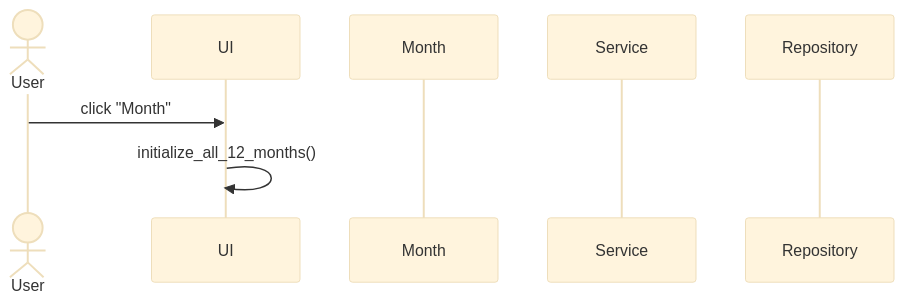
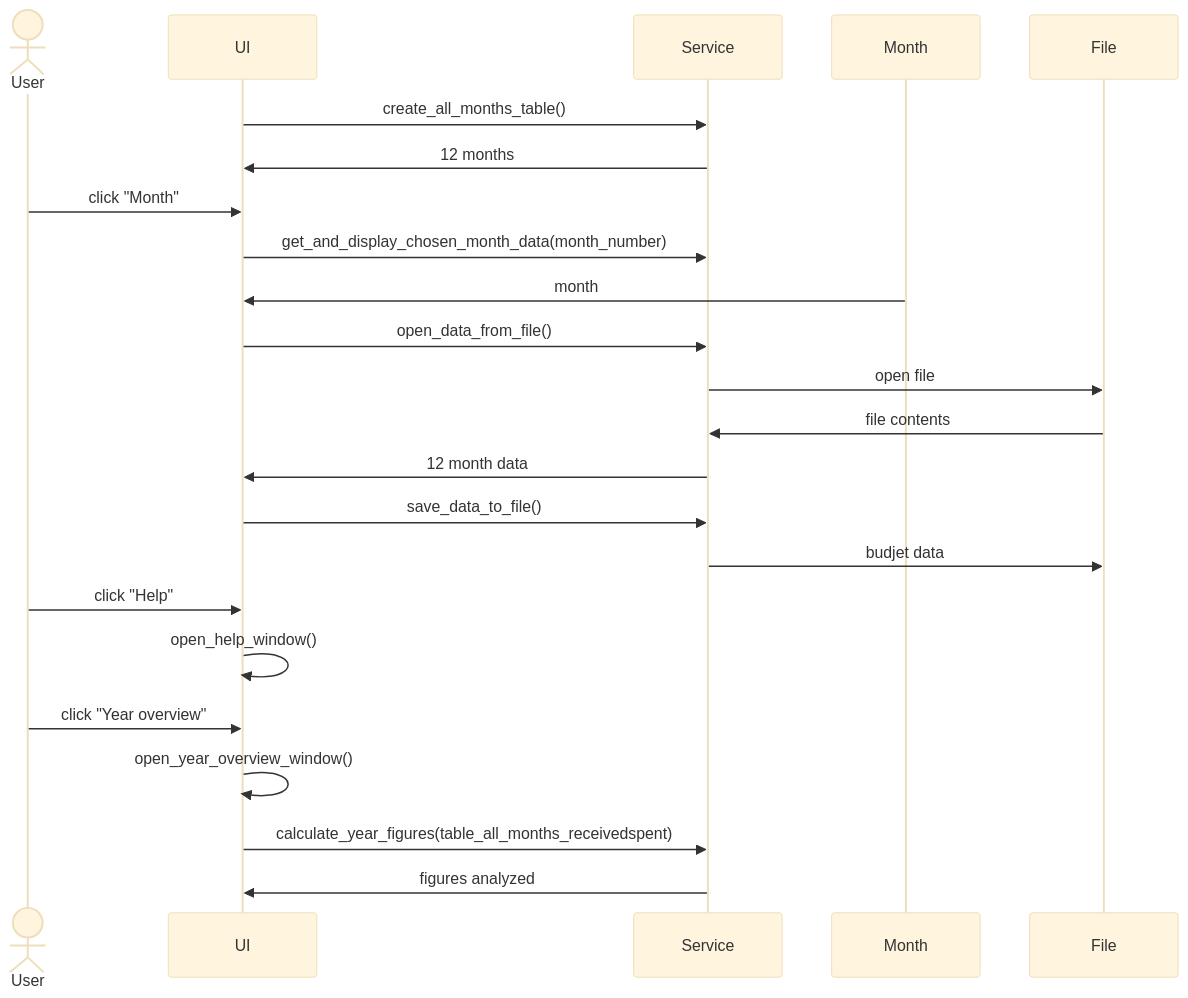
The second of 2 diagrams in EveryEuro/dokumentaatio/arkkitehtuuri.md (aarekr/ot-harjoitustyo), drawn with Mermaid (base theme) before and after one commit. The commit also changed other lines of this file and 9 other files, not shown here.

````diff
--- a/EveryEuro/dokumentaatio/arkkitehtuuri.md
+++ b/EveryEuro/dokumentaatio/arkkitehtuuri.md
@@ -46,10 +54,25 @@
 ```mermaid
 sequenceDiagram
   actor User
   participant UI
+  participant Service
   participant Month
-  participant Service
-  participant Repository
+  participant File
+  UI->>Service: create_all_months_table()
+  Service->>UI: 12 months
   User->>UI: click "Month"
-  UI->>UI: initialize_all_12_months()
+  UI->>Service: get_and_display_chosen_month_data(month_number)
+  Month->>UI: month
+  UI->>Service: open_data_from_file()
+  Service->>File: open file
+  File->>Service: file contents
+  Service->>UI: 12 month data
+  UI->>Service: save_data_to_file()
+  Service->>File: budjet data
+  User->>UI: click "Help"
+  UI->>UI: open_help_window()
+  User->>UI: click "Year overview"
+  UI->>UI: open_year_overview_window()
+  UI->>Service: calculate_year_figures(table_all_months_receivedspent)
+  Service->>UI: figures analyzed
 ```
````
